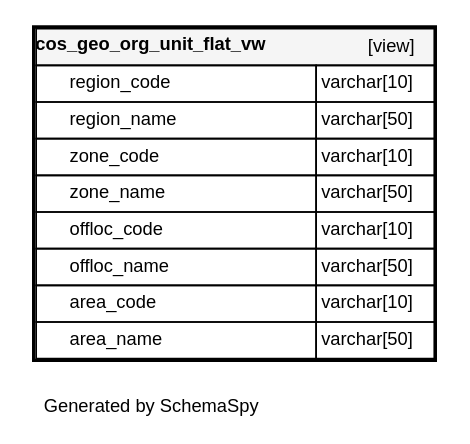
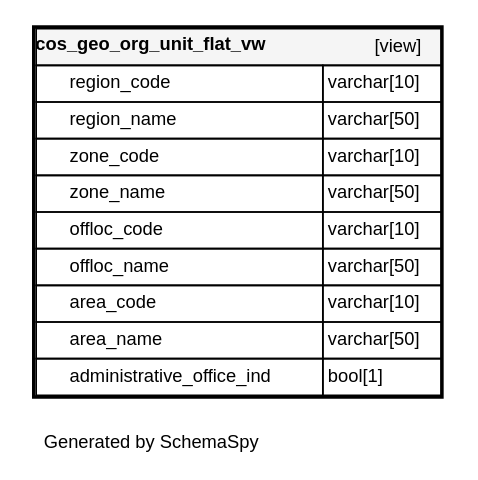
One commit to jeznorth/nr-compliance-enforcement changed the diagram in schemaspy/public/diagrams/tables/cos_geo_org_unit_flat_vw.1degree.dot. Above: the diagram before and after it, drawn with Graphviz. The commit also changed 141 other files, not shown here.

```diff
--- a/schemaspy/public/diagrams/tables/cos_geo_org_unit_flat_vw.1degree.dot
+++ b/schemaspy/public/diagrams/tables/cos_geo_org_unit_flat_vw.1degree.dot
@@ -1,20 +1,21 @@
 digraph "oneDegreeRelationshipsDiagram" {
   graph [    rankdir="RL"    bgcolor="#ffffff"    label="\nGenerated by SchemaSpy"    labeljust="l"    nodesep="0.18"    ranksep="0.46"    fontname="Helvetica"    fontsize="11"    ration="compress"  ];  node [    fontname="Helvetica"    fontsize="11"    shape="plaintext"  ];  edge [    arrowsize="0.8"  ];
   "cos_geo_org_unit_flat_vw" [
    label=<
     <TABLE BORDER="2" CELLBORDER="1" CELLSPACING="0" BGCOLOR="#ffffff">
       <TR><TD COLSPAN="4"  BGCOLOR="#f5f5f5"><TABLE BORDER="0" CELLSPACING="0"><TR><TD ALIGN="LEFT" FIXEDSIZE="TRUE" WIDTH="147" HEIGHT="16"><B>cos_geo_org_unit_flat_vw</B></TD><TD ALIGN="RIGHT">[view]</TD></TR></TABLE></TD></TR>
-      <TR><TD PORT="region_code" COLSPAN="2" ALIGN="LEFT"><TABLE BORDER="0" CELLSPACING="0" ALIGN="LEFT"><TR ALIGN="LEFT"><TD ALIGN="LEFT" FIXEDSIZE="TRUE" WIDTH="15" HEIGHT="16"></TD><TD ALIGN="LEFT" FIXEDSIZE="TRUE" WIDTH="147" HEIGHT="16">region_code</TD></TR></TABLE></TD><TD PORT="region_code.type" ALIGN="LEFT">varchar[10]</TD></TR>
-      <TR><TD PORT="region_name" COLSPAN="2" ALIGN="LEFT"><TABLE BORDER="0" CELLSPACING="0" ALIGN="LEFT"><TR ALIGN="LEFT"><TD ALIGN="LEFT" FIXEDSIZE="TRUE" WIDTH="15" HEIGHT="16"></TD><TD ALIGN="LEFT" FIXEDSIZE="TRUE" WIDTH="147" HEIGHT="16">region_name</TD></TR></TABLE></TD><TD PORT="region_name.type" ALIGN="LEFT">varchar[50]</TD></TR>
-      <TR><TD PORT="zone_code" COLSPAN="2" ALIGN="LEFT"><TABLE BORDER="0" CELLSPACING="0" ALIGN="LEFT"><TR ALIGN="LEFT"><TD ALIGN="LEFT" FIXEDSIZE="TRUE" WIDTH="15" HEIGHT="16"></TD><TD ALIGN="LEFT" FIXEDSIZE="TRUE" WIDTH="147" HEIGHT="16">zone_code</TD></TR></TABLE></TD><TD PORT="zone_code.type" ALIGN="LEFT">varchar[10]</TD></TR>
-      <TR><TD PORT="zone_name" COLSPAN="2" ALIGN="LEFT"><TABLE BORDER="0" CELLSPACING="0" ALIGN="LEFT"><TR ALIGN="LEFT"><TD ALIGN="LEFT" FIXEDSIZE="TRUE" WIDTH="15" HEIGHT="16"></TD><TD ALIGN="LEFT" FIXEDSIZE="TRUE" WIDTH="147" HEIGHT="16">zone_name</TD></TR></TABLE></TD><TD PORT="zone_name.type" ALIGN="LEFT">varchar[50]</TD></TR>
-      <TR><TD PORT="offloc_code" COLSPAN="2" ALIGN="LEFT"><TABLE BORDER="0" CELLSPACING="0" ALIGN="LEFT"><TR ALIGN="LEFT"><TD ALIGN="LEFT" FIXEDSIZE="TRUE" WIDTH="15" HEIGHT="16"></TD><TD ALIGN="LEFT" FIXEDSIZE="TRUE" WIDTH="147" HEIGHT="16">offloc_code</TD></TR></TABLE></TD><TD PORT="offloc_code.type" ALIGN="LEFT">varchar[10]</TD></TR>
-      <TR><TD PORT="offloc_name" COLSPAN="2" ALIGN="LEFT"><TABLE BORDER="0" CELLSPACING="0" ALIGN="LEFT"><TR ALIGN="LEFT"><TD ALIGN="LEFT" FIXEDSIZE="TRUE" WIDTH="15" HEIGHT="16"></TD><TD ALIGN="LEFT" FIXEDSIZE="TRUE" WIDTH="147" HEIGHT="16">offloc_name</TD></TR></TABLE></TD><TD PORT="offloc_name.type" ALIGN="LEFT">varchar[50]</TD></TR>
-      <TR><TD PORT="area_code" COLSPAN="2" ALIGN="LEFT"><TABLE BORDER="0" CELLSPACING="0" ALIGN="LEFT"><TR ALIGN="LEFT"><TD ALIGN="LEFT" FIXEDSIZE="TRUE" WIDTH="15" HEIGHT="16"></TD><TD ALIGN="LEFT" FIXEDSIZE="TRUE" WIDTH="147" HEIGHT="16">area_code</TD></TR></TABLE></TD><TD PORT="area_code.type" ALIGN="LEFT">varchar[10]</TD></TR>
-      <TR><TD PORT="area_name" COLSPAN="2" ALIGN="LEFT"><TABLE BORDER="0" CELLSPACING="0" ALIGN="LEFT"><TR ALIGN="LEFT"><TD ALIGN="LEFT" FIXEDSIZE="TRUE" WIDTH="15" HEIGHT="16"></TD><TD ALIGN="LEFT" FIXEDSIZE="TRUE" WIDTH="147" HEIGHT="16">area_name</TD></TR></TABLE></TD><TD PORT="area_name.type" ALIGN="LEFT">varchar[50]</TD></TR>
+      <TR><TD PORT="region_code" COLSPAN="2" ALIGN="LEFT"><TABLE BORDER="0" CELLSPACING="0" ALIGN="LEFT"><TR ALIGN="LEFT"><TD ALIGN="LEFT" FIXEDSIZE="TRUE" WIDTH="15" HEIGHT="16"></TD><TD ALIGN="LEFT" FIXEDSIZE="TRUE" WIDTH="151" HEIGHT="16">region_code</TD></TR></TABLE></TD><TD PORT="region_code.type" ALIGN="LEFT">varchar[10]</TD></TR>
+      <TR><TD PORT="region_name" COLSPAN="2" ALIGN="LEFT"><TABLE BORDER="0" CELLSPACING="0" ALIGN="LEFT"><TR ALIGN="LEFT"><TD ALIGN="LEFT" FIXEDSIZE="TRUE" WIDTH="15" HEIGHT="16"></TD><TD ALIGN="LEFT" FIXEDSIZE="TRUE" WIDTH="151" HEIGHT="16">region_name</TD></TR></TABLE></TD><TD PORT="region_name.type" ALIGN="LEFT">varchar[50]</TD></TR>
+      <TR><TD PORT="zone_code" COLSPAN="2" ALIGN="LEFT"><TABLE BORDER="0" CELLSPACING="0" ALIGN="LEFT"><TR ALIGN="LEFT"><TD ALIGN="LEFT" FIXEDSIZE="TRUE" WIDTH="15" HEIGHT="16"></TD><TD ALIGN="LEFT" FIXEDSIZE="TRUE" WIDTH="151" HEIGHT="16">zone_code</TD></TR></TABLE></TD><TD PORT="zone_code.type" ALIGN="LEFT">varchar[10]</TD></TR>
+      <TR><TD PORT="zone_name" COLSPAN="2" ALIGN="LEFT"><TABLE BORDER="0" CELLSPACING="0" ALIGN="LEFT"><TR ALIGN="LEFT"><TD ALIGN="LEFT" FIXEDSIZE="TRUE" WIDTH="15" HEIGHT="16"></TD><TD ALIGN="LEFT" FIXEDSIZE="TRUE" WIDTH="151" HEIGHT="16">zone_name</TD></TR></TABLE></TD><TD PORT="zone_name.type" ALIGN="LEFT">varchar[50]</TD></TR>
+      <TR><TD PORT="offloc_code" COLSPAN="2" ALIGN="LEFT"><TABLE BORDER="0" CELLSPACING="0" ALIGN="LEFT"><TR ALIGN="LEFT"><TD ALIGN="LEFT" FIXEDSIZE="TRUE" WIDTH="15" HEIGHT="16"></TD><TD ALIGN="LEFT" FIXEDSIZE="TRUE" WIDTH="151" HEIGHT="16">offloc_code</TD></TR></TABLE></TD><TD PORT="offloc_code.type" ALIGN="LEFT">varchar[10]</TD></TR>
+      <TR><TD PORT="offloc_name" COLSPAN="2" ALIGN="LEFT"><TABLE BORDER="0" CELLSPACING="0" ALIGN="LEFT"><TR ALIGN="LEFT"><TD ALIGN="LEFT" FIXEDSIZE="TRUE" WIDTH="15" HEIGHT="16"></TD><TD ALIGN="LEFT" FIXEDSIZE="TRUE" WIDTH="151" HEIGHT="16">offloc_name</TD></TR></TABLE></TD><TD PORT="offloc_name.type" ALIGN="LEFT">varchar[50]</TD></TR>
+      <TR><TD PORT="area_code" COLSPAN="2" ALIGN="LEFT"><TABLE BORDER="0" CELLSPACING="0" ALIGN="LEFT"><TR ALIGN="LEFT"><TD ALIGN="LEFT" FIXEDSIZE="TRUE" WIDTH="15" HEIGHT="16"></TD><TD ALIGN="LEFT" FIXEDSIZE="TRUE" WIDTH="151" HEIGHT="16">area_code</TD></TR></TABLE></TD><TD PORT="area_code.type" ALIGN="LEFT">varchar[10]</TD></TR>
+      <TR><TD PORT="area_name" COLSPAN="2" ALIGN="LEFT"><TABLE BORDER="0" CELLSPACING="0" ALIGN="LEFT"><TR ALIGN="LEFT"><TD ALIGN="LEFT" FIXEDSIZE="TRUE" WIDTH="15" HEIGHT="16"></TD><TD ALIGN="LEFT" FIXEDSIZE="TRUE" WIDTH="151" HEIGHT="16">area_name</TD></TR></TABLE></TD><TD PORT="area_name.type" ALIGN="LEFT">varchar[50]</TD></TR>
+      <TR><TD PORT="administrative_office_ind" COLSPAN="2" ALIGN="LEFT"><TABLE BORDER="0" CELLSPACING="0" ALIGN="LEFT"><TR ALIGN="LEFT"><TD ALIGN="LEFT" FIXEDSIZE="TRUE" WIDTH="15" HEIGHT="16"></TD><TD ALIGN="LEFT" FIXEDSIZE="TRUE" WIDTH="151" HEIGHT="16">administrative_office_ind</TD></TR></TABLE></TD><TD PORT="administrative_office_ind.type" ALIGN="LEFT">bool[1]</TD></TR>
     </TABLE>>
     URL="cos_geo_org_unit_flat_vw.html"
     target="_top"
     tooltip="cos_geo_org_unit_flat_vw"
   ];
 }
```
